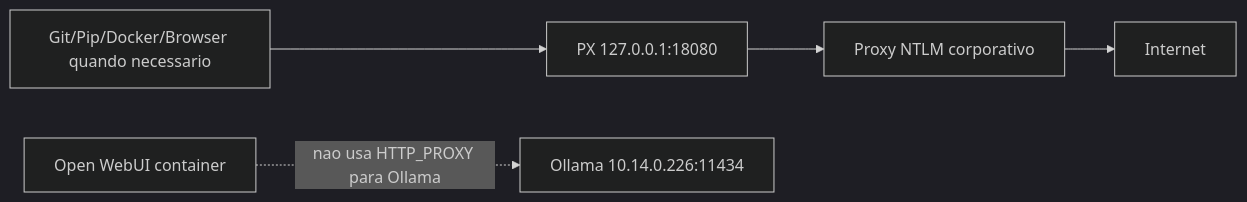
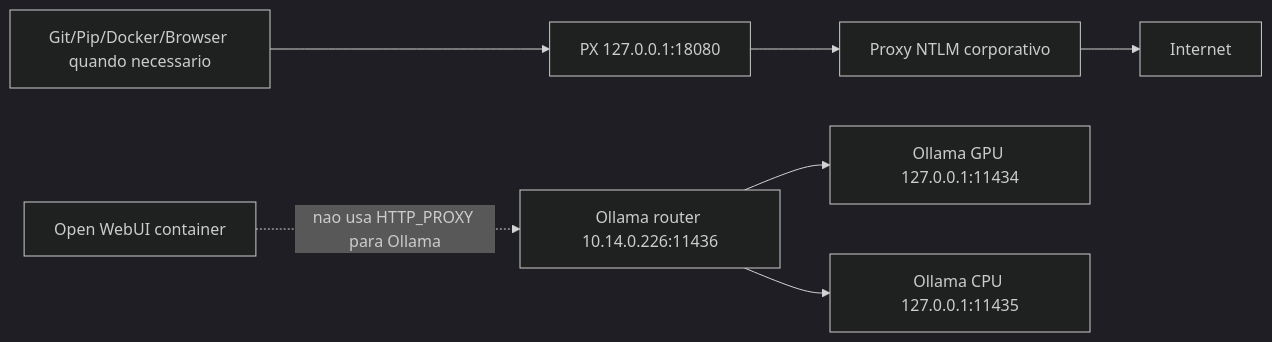
Before and after one commit to marcocanedo/ia_lab: the diagram in docs/diagrams/proxy_flow.mmd, drawn with Mermaid (dark theme). The commit also changed 93 other files, not shown here.

```diff
--- a/docs/diagrams/proxy_flow.mmd
+++ b/docs/diagrams/proxy_flow.mmd
@@ -1,5 +1,7 @@
 flowchart LR
     App[Git/Pip/Docker/Browser quando necessario] --> PX[PX 127.0.0.1:18080]
     PX --> Corp[Proxy NTLM corporativo]
     Corp --> Internet[Internet]
-    WebUI[Open WebUI container] -. nao usa HTTP_PROXY para Ollama .-> Ollama[Ollama 10.14.0.226:11434]
+    WebUI[Open WebUI container] -. nao usa HTTP_PROXY para Ollama .-> Router[Ollama router 10.14.0.226:11436]
+    Router --> GPU[Ollama GPU 127.0.0.1:11434]
+    Router --> CPU[Ollama CPU 127.0.0.1:11435]
```
